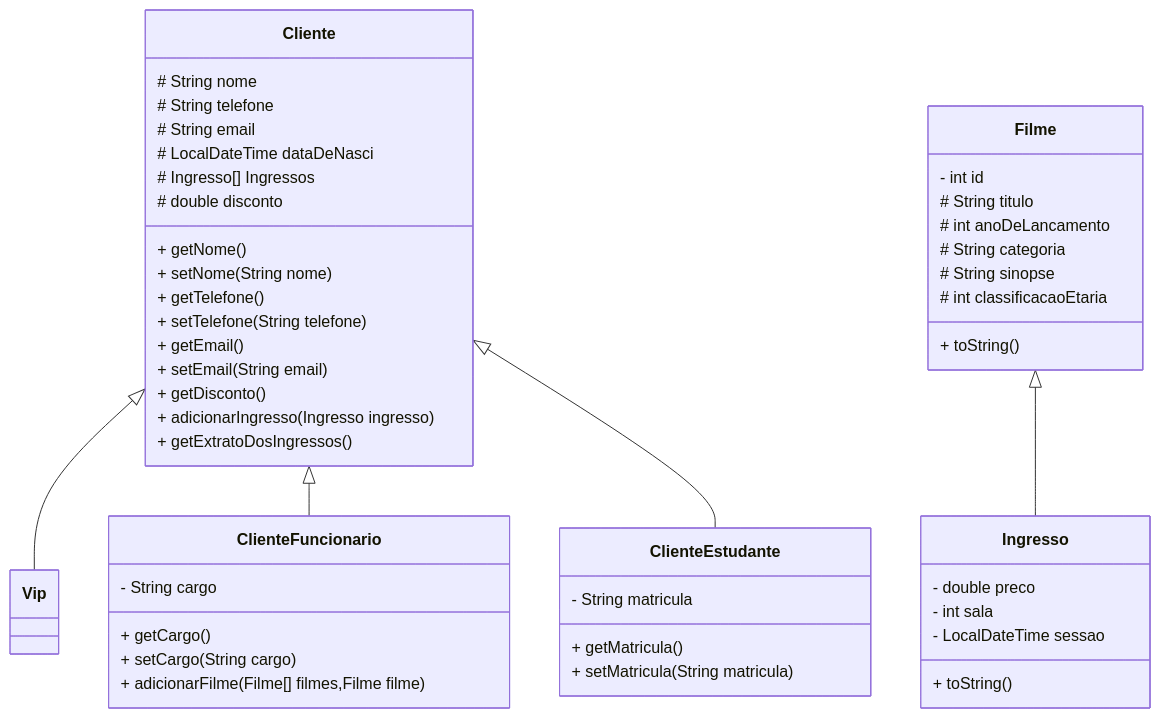
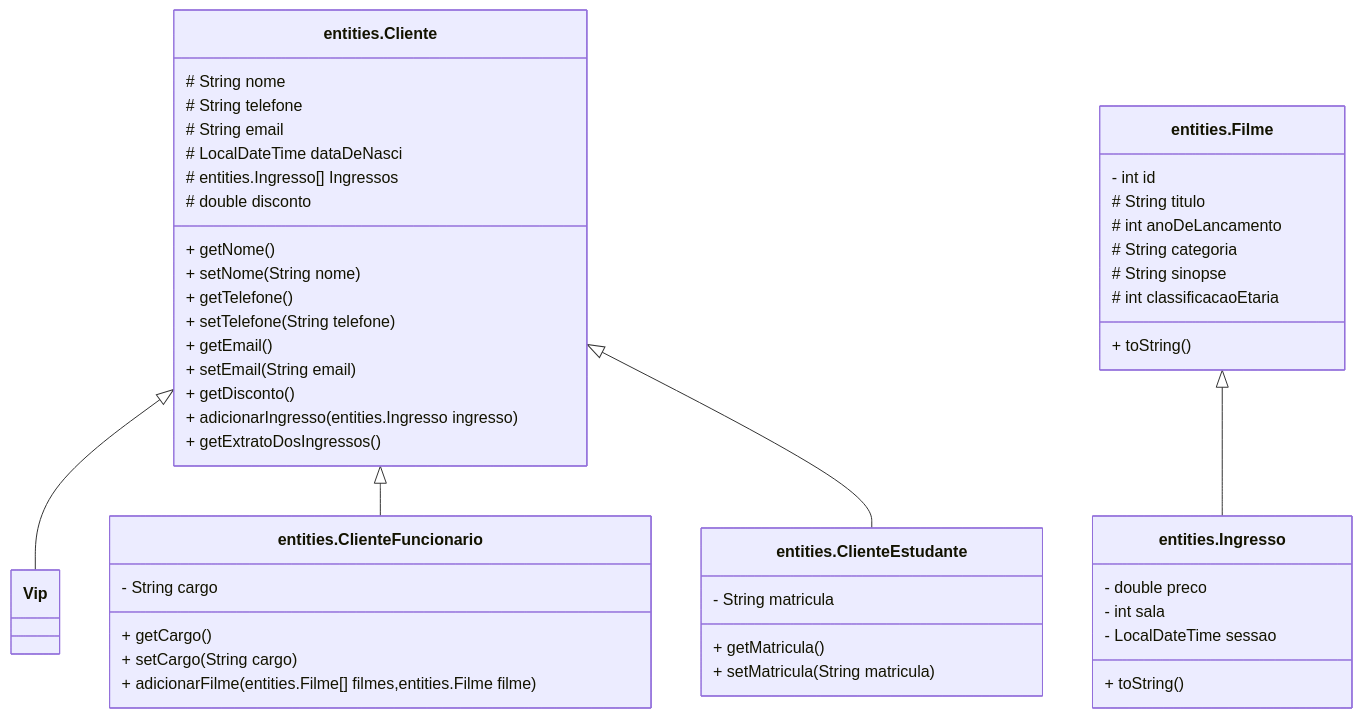
One commit to Dev-Vinicius1/agenda-filme changed the diagram in README.md. Above: the diagram before and after it, drawn with Mermaid. The commit also changed 13 other files, not shown here.

````diff
--- a/README.md
+++ b/README.md
@@ -3,48 +3,48 @@
 ```mermaid
 classDiagram
-Cliente : # String nome
-Cliente : # String telefone
-Cliente : # String email
-Cliente : # LocalDateTime dataDeNasci
-Cliente : # Ingresso[] Ingressos
-Cliente : # double disconto
-Cliente : + getNome()
-Cliente : + setNome(String nome)
-Cliente : + getTelefone()
-Cliente : + setTelefone(String telefone)
-Cliente : + getEmail()
-Cliente : + setEmail(String email)
-Cliente : + getDisconto()
-Cliente : + adicionarIngresso(Ingresso ingresso)
-Cliente : + getExtratoDosIngressos()
+entities.Cliente : # String nome
+entities.Cliente : # String telefone
+entities.Cliente : # String email
+entities.Cliente : # LocalDateTime dataDeNasci
+entities.Cliente : # entities.Ingresso[] Ingressos
+entities.Cliente : # double disconto
+entities.Cliente : + getNome()
+entities.Cliente : + setNome(String nome)
+entities.Cliente : + getTelefone()
+entities.Cliente : + setTelefone(String telefone)
+entities.Cliente : + getEmail()
+entities.Cliente : + setEmail(String email)
+entities.Cliente : + getDisconto()
+entities.Cliente : + adicionarIngresso(entities.Ingresso ingresso)
+entities.Cliente : + getExtratoDosIngressos()
 
-ClienteEstudante : - String matricula
-ClienteEstudante : + getMatricula()
-ClienteEstudante : + setMatricula(String matricula)
+entities.ClienteEstudante : - String matricula
+entities.ClienteEstudante : + getMatricula()
+entities.ClienteEstudante : + setMatricula(String matricula)
 
-ClienteFuncionario : - String cargo
-ClienteFuncionario : + getCargo()
-ClienteFuncionario : + setCargo(String cargo)
-ClienteFuncionario : + adicionarFilme(Filme[] filmes,Filme filme)
+entities.ClienteFuncionario : - String cargo
+entities.ClienteFuncionario : + getCargo()
+entities.ClienteFuncionario : + setCargo(String cargo)
+entities.ClienteFuncionario : + adicionarFilme(entities.Filme[] filmes,entities.Filme filme)
 
-Cliente <|-- Vip
-Cliente <|-- ClienteFuncionario
-Cliente <|-- ClienteEstudante
+entities.Cliente <|-- Vip
+entities.Cliente <|-- entities.ClienteFuncionario
+entities.Cliente <|-- entities.ClienteEstudante
 
-Filme : - int id
-Filme : # String titulo
-Filme : # int anoDeLancamento
-Filme : # String categoria
-Filme : # String sinopse
-Filme : # int classificacaoEtaria
-Filme : + toString()
+entities.Filme : - int id
+entities.Filme : # String titulo
+entities.Filme : # int anoDeLancamento
+entities.Filme : # String categoria
+entities.Filme : # String sinopse
+entities.Filme : # int classificacaoEtaria
+entities.Filme : + toString()
 
 
-Ingresso: - double preco
-Ingresso: - int sala
-Ingresso: - LocalDateTime sessao
-Ingresso : + toString()
+entities.Ingresso: - double preco
+entities.Ingresso: - int sala
+entities.Ingresso: - LocalDateTime sessao
+entities.Ingresso : + toString()
 
 
-Filme <|-- Ingresso
+entities.Filme <|-- entities.Ingresso
 ```
````
